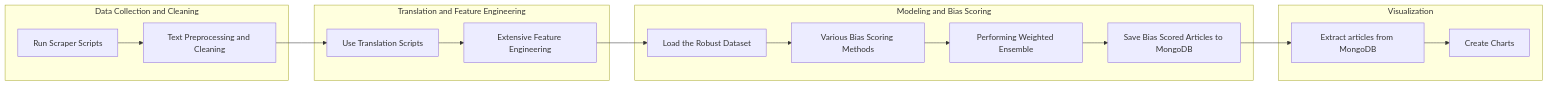
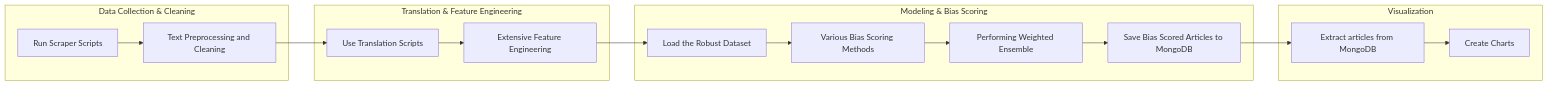
One commit to bharathkaranth/news-bias-analyzer changed the second of 8 diagrams in README.md. Above: the diagram before and after it, drawn with Mermaid.

````diff
--- a/README.md
+++ b/README.md
@@ -80,28 +80,28 @@
 ```mermaid
 flowchart LR
-    subgraph S[Data Collection and Cleaning]
+    subgraph S[Data Collection & Cleaning]
         S1[Run Scraper Scripts]
         --> S2[Text Preprocessing and Cleaning]
     end
 
-    subgraph T[Translation and Feature Engineering]
+    subgraph T[Translation & Feature Engineering]
         T1[Use Translation Scripts]
         --> T2[Extensive Feature Engineering]
     end
  
-    subgraph M[Modeling and Bias Scoring]
+    subgraph M[Modeling & Bias Scoring]
         M1[Load the Robust Dataset]
         --> M2[Various Bias Scoring Methods]
         --> M3[Performing Weighted Ensemble]
         --> M4[Save Bias Scored Articles to MongoDB]
     end
  
     subgraph V[Visualization]
         V1[Extract articles from MongoDB]
         --> V2[Create Charts]
     end
  
     S2 --> T1
     T2 --> M1
     M4 --> V1
 ```
````
